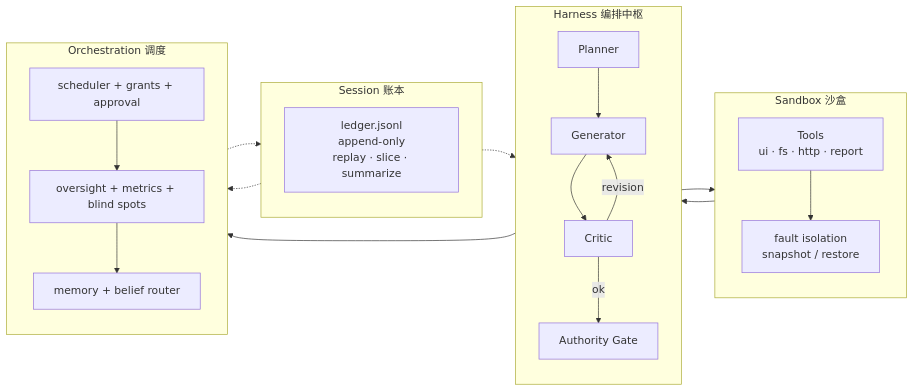
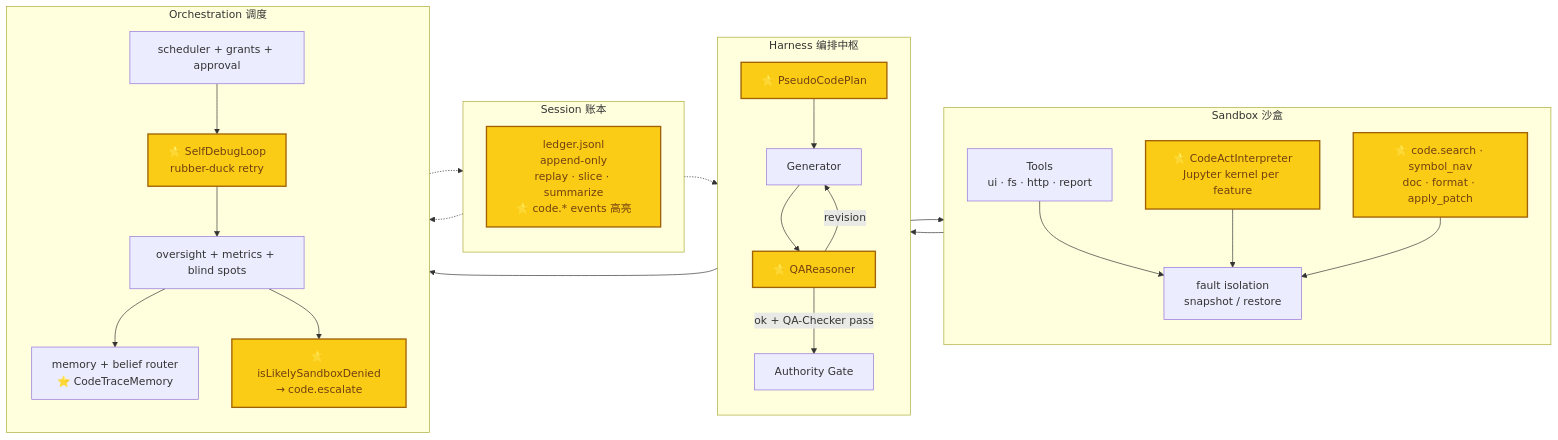
Before and after one commit to MAGA2010/AI-time-run: the third of 5 diagrams in docs/04-workflow-diagram.md, drawn with Mermaid. The commit also changed other lines of this file and 2 other files, not shown here.

First line of the commit message:
docs: BREAK 7 algorithm reference + yellow-highlighted workflow diagrams

````diff
--- a/docs/04-workflow-diagram.md
+++ b/docs/04-workflow-diagram.md
@@ -122,32 +212,42 @@
 ```mermaid
 flowchart LR
   subgraph Session["Session 账本"]
-    SG["ledger.jsonl<br/>append-only<br/>replay · slice · summarize"]
+    SG["ledger.jsonl<br/>append-only<br/>replay · slice · summarize<br/>⭐ code.* events 高亮"]
   end
 
   subgraph Harness["Harness 编排中枢"]
-    HP["Planner"] --> HG["Generator"] --> HC["Critic"]
+    HP["⭐ PseudoCodePlan"] --> HG["Generator"] --> HC["⭐ QAReasoner"]
     HC -->|"revision"| HG
-    HC -->|"ok"| HA["Authority Gate"]
+    HC -->|"ok + QA-Checker pass"| HA["Authority Gate"]
   end
 
   subgraph Sandbox["Sandbox 沙盒"]
     ST["Tools<br/>ui · fs · http · report"]
     SF["fault isolation<br/>snapshot / restore"]
+    CS["⭐ CodeActInterpreter<br/>Jupyter kernel per feature"]
+    AT["⭐ code.search · symbol_nav<br/>doc · format · apply_patch"]
     ST --> SF
+    CS --> SF
+    AT --> SF
   end
 
   subgraph Orchestration["Orchestration 调度"]
     OD["scheduler + grants + approval"]
+    SD["⭐ SelfDebugLoop<br/>rubber-duck retry"]
+    HD["⭐ isLikelySandboxDenied<br/>→ code.escalate"]
     OV2["oversight + metrics + blind spots"]
-    OM["memory + belief router"]
-    OD --> OV2 --> OM
+    OM["memory + belief router<br/>⭐ CodeTraceMemory"]
+    OD --> SD --> OV2 --> OM
+    OV2 --> HD
   end
 
   Harness --> Sandbox
   Harness --> Orchestration
   Sandbox --> Harness
   Session -.-> Harness
   Session -.-> Orchestration
   Orchestration -.-> Session
+
+  classDef break7 fill:#facc15,stroke:#a16207,color:#713f12,stroke-width:2px;
+  class HP,HC,CS,AT,SD,HD,SG break7;
 ```
````
